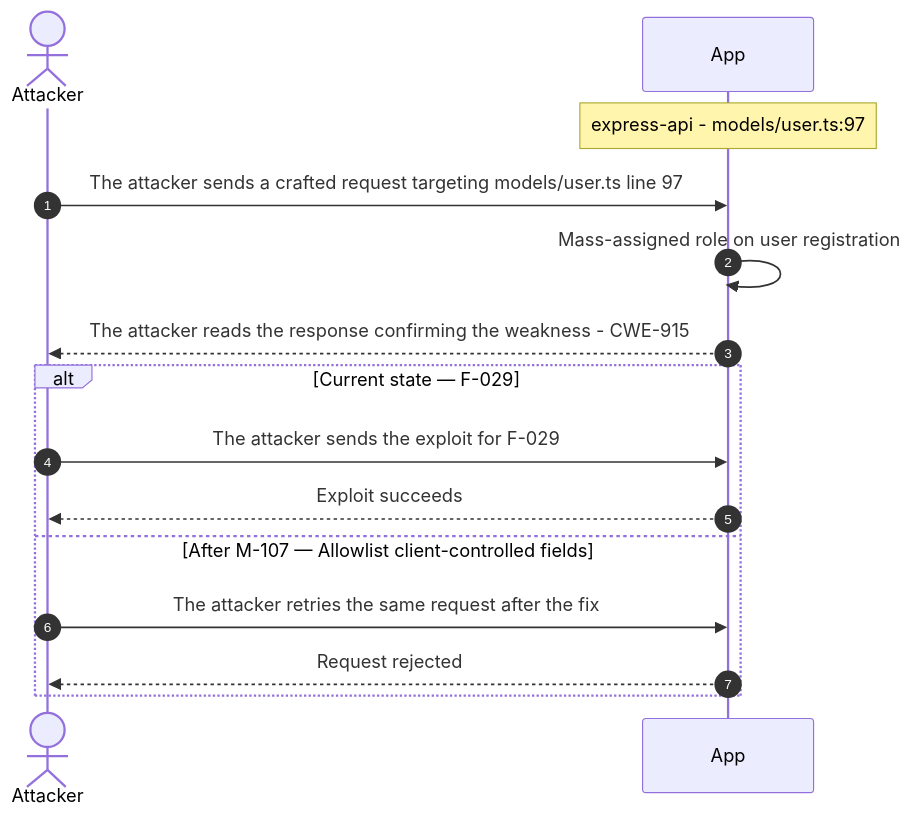
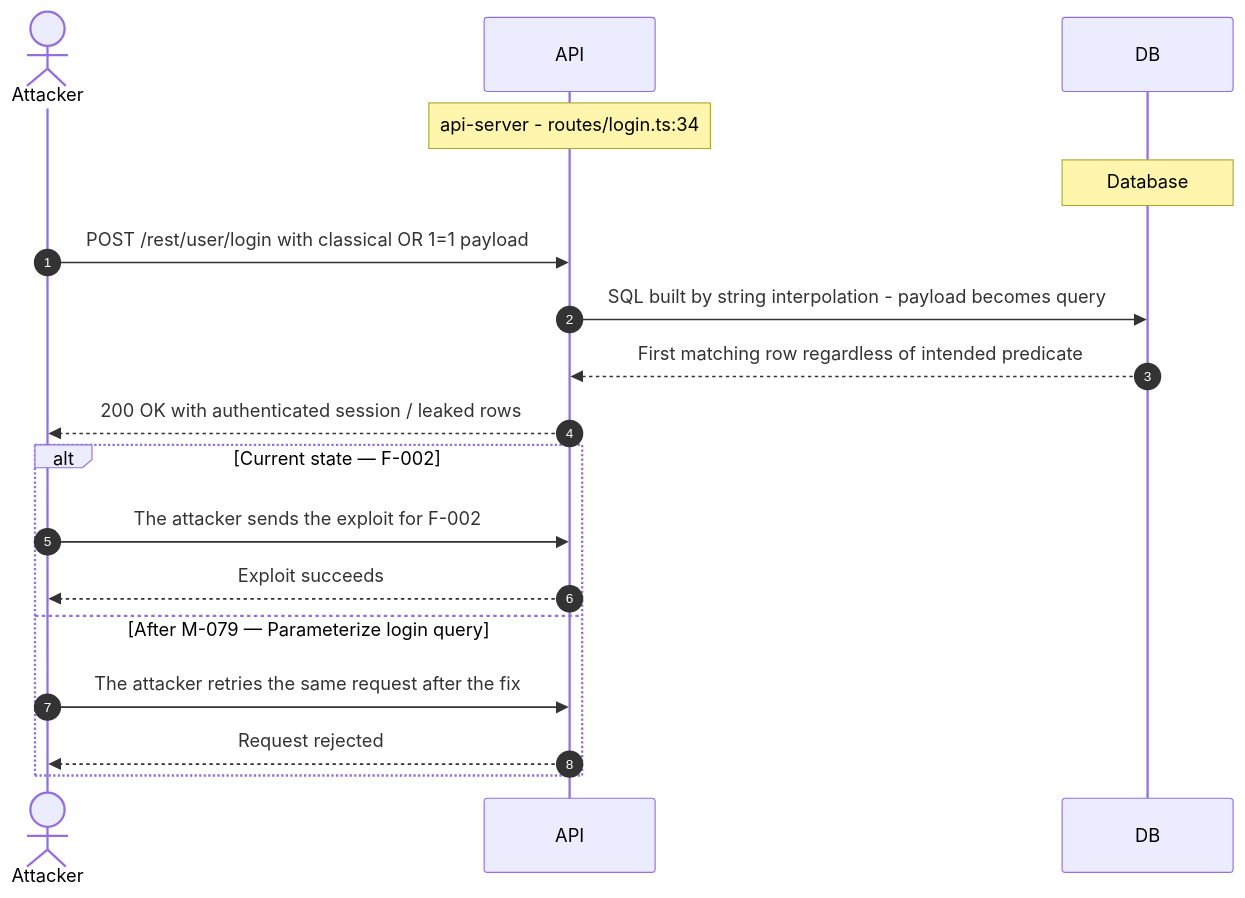
One commit to appsec-foundry/appsec-advisor-examples changed the seventh of 14 diagrams in threat-modeler/threat-model-juice-shop-thorough-v0.6.0b4.md. Above: the diagram before and after it, drawn with Mermaid. The commit also changed other lines of this file and 11 other files, not shown here.

````diff
--- a/threat-modeler/threat-model-juice-shop-thorough-v0.6.0b4.md
+++ b/threat-modeler/threat-model-juice-shop-thorough-v0.6.0b4.md
@@ -678,17 +590,20 @@
 ```mermaid
 sequenceDiagram
     autonumber
     actor Attacker
-    participant App
-    Note over App: express-api - models/user.ts:97
-    Attacker->>App: The attacker sends a crafted request targeting models/user.ts line 97
-    App->>App: Mass-assigned role on user registration
-    App-->>Attacker: The attacker reads the response confirming the weakness - CWE-915
-    alt Current state — F-029
-        Attacker->>App: The attacker sends the exploit for F-029
-        App-->>Attacker: Exploit succeeds
-    else After M-107 — Allowlist client-controlled fields
-        Attacker->>App: The attacker retries the same request after the fix
-        App-->>Attacker: Request rejected
+    participant API
+    participant DB
+    Note over API: api-server - routes/login.ts:34
+    Note over DB: Database
+    Attacker->>API: POST /rest/user/login with classical OR 1=1 payload
+    API->>DB: SQL built by string interpolation - payload becomes query
+    DB-->>API: First matching row regardless of intended predicate
+    API-->>Attacker: 200 OK with authenticated session / leaked rows
+    alt Current state — F-002
+        Attacker->>API: The attacker sends the exploit for F-002
+        API-->>Attacker: Exploit succeeds
+    else After M-079 — Parameterize login query
+        Attacker->>API: The attacker retries the same request after the fix
+        API-->>Attacker: Request rejected
     end
 ```
````
